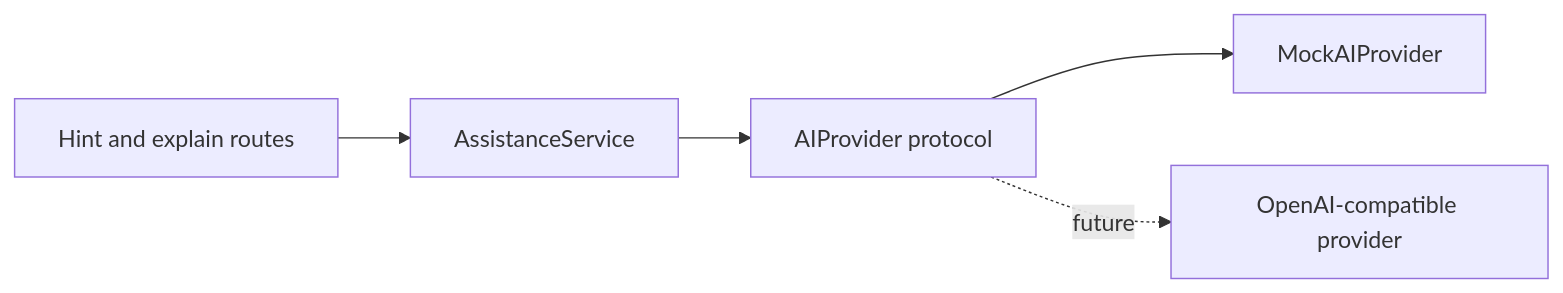
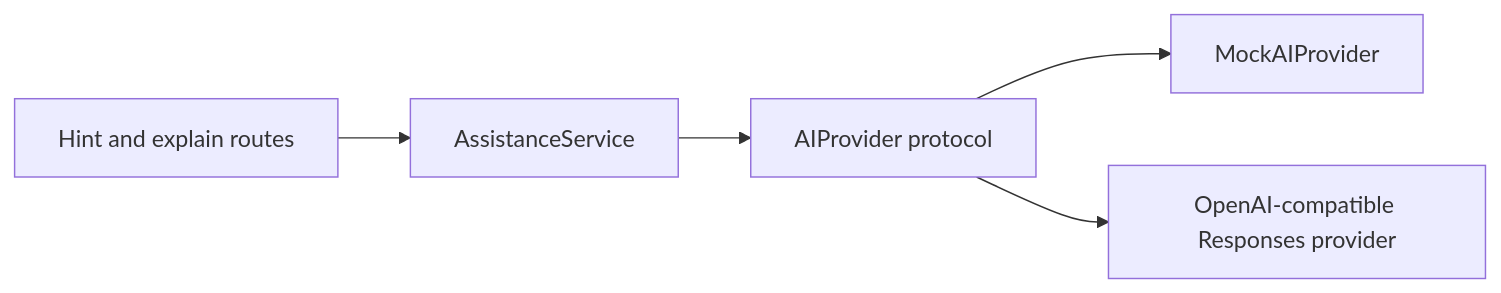
One commit to kshres31/ai-assisted-learning-tool changed the diagram in docs/ai-design.md. Above: the diagram before and after it, drawn with Mermaid. The commit also changed other lines of this file and 12 other files, not shown here.

Commit message:
feat: add OpenAI-compatible assistance provider

````diff
--- a/docs/ai-design.md
+++ b/docs/ai-design.md
@@ -18,7 +18,7 @@
 ```mermaid
 flowchart LR
     Route[Hint and explain routes] --> Service[AssistanceService]
     Service --> Protocol[AIProvider protocol]
     Protocol --> Mock[MockAIProvider]
-    Protocol -. future .-> Compatible[OpenAI-compatible provider]
+    Protocol --> Compatible[OpenAI-compatible Responses provider]
 ```
````
